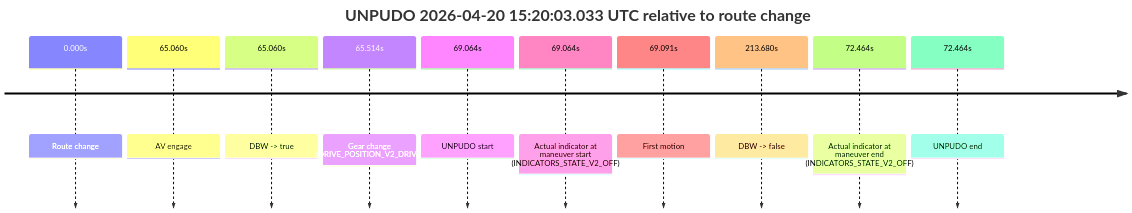
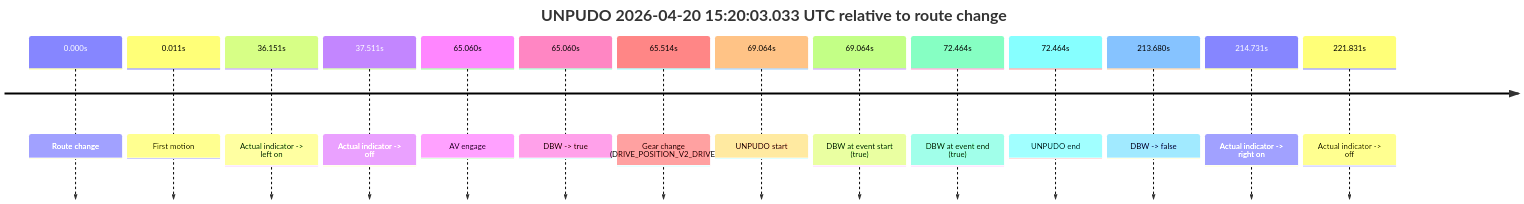
One commit to yoelshapiro/vault changed the fourth of 6 diagrams in model_analysis/report_cards/2026/04/Week-4/fme20038--2026-04-20--14-29-25--gen2-av-b8c3ecc9-d0ee-4a65-a4e6-e2fb1efde5f2.md. Above: the diagram before and after it, drawn with Mermaid. The commit also changed other lines of this file and 85 other files, not shown here.

````diff
--- a/model_analysis/report_cards/2026/04/Week-4/fme20038--2026-04-20--14-29-25--gen2-av-b8c3ecc9-d0ee-4a65-a4e6-e2fb1efde5f2.md
+++ b/model_analysis/report_cards/2026/04/Week-4/fme20038--2026-04-20--14-29-25--gen2-av-b8c3ecc9-d0ee-4a65-a4e6-e2fb1efde5f2.md
@@ -295,14 +326,18 @@
 ```mermaid
 timeline
     title UNPUDO 2026-04-20 15:20:03.033 UTC relative to route change
     0.000s : Route change
+    0.011s : First motion
+    36.151s : Actual indicator -> left on
+    37.511s : Actual indicator -> off
     65.060s : AV engage
     65.060s : DBW -> true
     65.514s : Gear change (DRIVE_POSITION_V2_DRIVE)
     69.064s : UNPUDO start
-    69.064s : Actual indicator at maneuver start (INDICATORS_STATE_V2_OFF)
-    69.091s : First motion
+    69.064s : DBW at event start (true)
+    72.464s : DBW at event end (true)
+    72.464s : UNPUDO end
     213.680s : DBW -> false
-    72.464s : Actual indicator at maneuver end (INDICATORS_STATE_V2_OFF)
-    72.464s : UNPUDO end
+    214.731s : Actual indicator -> right on
+    221.831s : Actual indicator -> off
 ```
````
